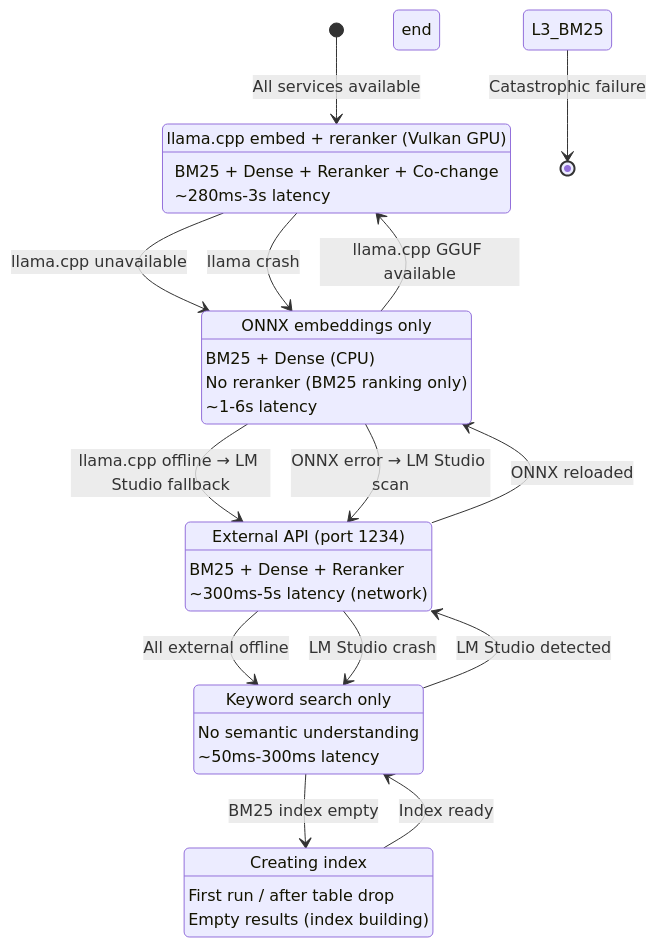
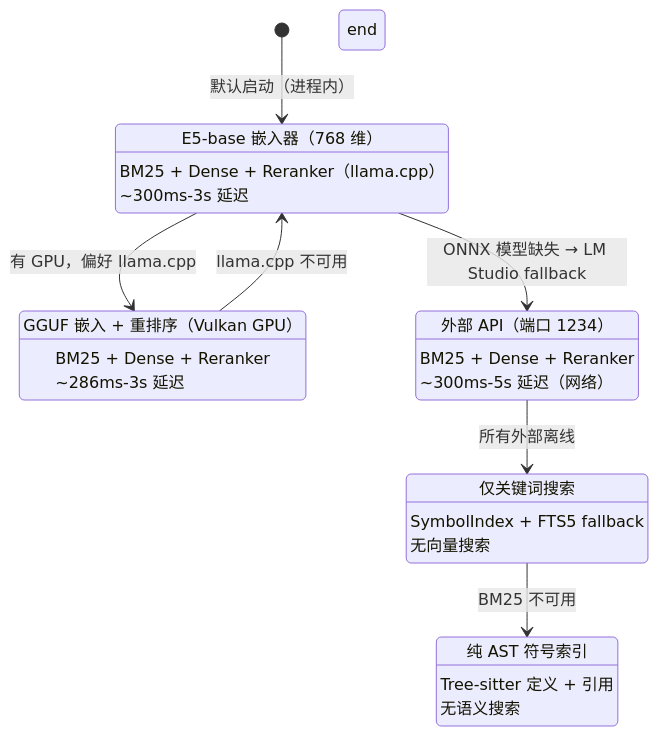
The first of 4 diagrams in docs/zh/GRACEFUL_DEGRADATION.md (ManSio/mscodebase-intelligence), drawn with Mermaid before and after one commit. The commit also changed other lines of this file and 50 other files, not shown here.

````diff
--- a/docs/zh/GRACEFUL_DEGRADATION.md
+++ b/docs/zh/GRACEFUL_DEGRADATION.md
@@ -10,53 +16,43 @@
 ```mermaid
 stateDiagram-v2
-    [*] --> L1_LLAMA: All services available
-    
-    state L1_LLAMA[Level 1: llama.cpp GGUF (GPU)]
-        L1_LLAMA: llama.cpp embed + reranker (Vulkan GPU)
-        L1_LLAMA: BM25 + Dense + Reranker + Co-change
-        L1_LLAMA: ~280ms-3s latency
+    [*] --> L1_ONNX: 默认启动（进程内）
+
+    state L1_ONNX[级别 1: ONNX/OpenVINO INT8（进程内）]
+        L1_ONNX: E5-base 嵌入器（768 维）
+        L1_ONNX: BM25 + Dense + Reranker（llama.cpp）
+        L1_ONNX: ~300ms-3s 延迟
     end
-    
-    L1_LLAMA --> L2_ONNX: llama.cpp unavailable
-    
-    state L2_ONNX[Level 2: ONNX Runtime (CPU)]
-        L2_ONNX: ONNX embeddings only
-        L2_ONNX: BM25 + Dense (CPU)
-        L2_ONNX: No reranker (BM25 ranking only)
-        L2_ONNX: ~1-6s latency
+
+    L1_ONNX --> L2_GGUF: 有 GPU，偏好 llama.cpp
+    L1_ONNX --> L3_LM: ONNX 模型缺失 → LM Studio fallback
+
+    state L2_GGUF[级别 2: llama.cpp GGUF（GPU）]
+        L2_GGUF: GGUF 嵌入 + 重排序（Vulkan GPU）
+        L2_GGUF: BM25 + Dense + Reranker
+        L2_GGUF: ~286ms-3s 延迟
     end
-    
-    L2_ONNX --> L3_LM: llama.cpp offline → LM Studio fallback
-    
-    state L3_LM[Level 3: LM Studio (remote)]
-        L3_LM: External API (port 1234)
+
+    L2_GGUF --> L1_ONNX: llama.cpp 不可用
+
+    state L3_LM[级别 3: LM Studio（远程，可选）]
+        L3_LM: 外部 API（端口 1234）
         L3_LM: BM25 + Dense + Reranker
-        L3_LM: ~300ms-5s latency (network)
+        L3_LM: ~300ms-5s 延迟（网络）
     end
-    
-    L3_LM --> L4_BM25: All external offline
-    
-    state L4_BM25[Level 4: BM25 Only]
-        L4_BM25: Keyword search only
-        L4_BM25: No semantic understanding
-        L4_BM25: ~50ms-300ms latency
+
+    L3_LM --> L4_BM25: 所有外部离线
+
+    state L4_BM25[级别 4: 仅 BM25]
+        L4_BM25: 仅关键词搜索
+        L4_BM25: SymbolIndex + FTS5 fallback
+        L4_BM25: 无向量搜索
     end
-    
-    L4_BM25 --> L5_Fallback: BM25 index empty
-    
-    state L5_Fallback[Level 5: Fallback]
-        L5_Fallback: Creating index
-        L5_Fallback: First run / after table drop
-        L5_Fallback: Empty results (index building)
+
+    L4_BM25 --> L5_SYMBOL: BM25 不可用
+
+    state L5_SYMBOL[级别 5: 仅 SymbolIndex]
+        L5_SYMBOL: 纯 AST 符号索引
+        L5_SYMBOL: Tree-sitter 定义 + 引用
+        L5_SYMBOL: 无语义搜索
     end
-    
-    L5_Fallback --> L4_BM25: Index ready
-    L4_BM25 --> L3_LM: LM Studio detected
-    L3_LM --> L2_ONNX: ONNX reloaded
-    L2_ONNX --> L1_LLAMA: llama.cpp GGUF available
-    
-    L1_LLAMA --> L2_ONNX: llama crash
-    L2_ONNX --> L3_LM: ONNX error → LM Studio scan
-    L3_LM --> L4_BM25: LM Studio crash
-    L3_BM25 --> [*]: Catastrophic failure
 ```
````
